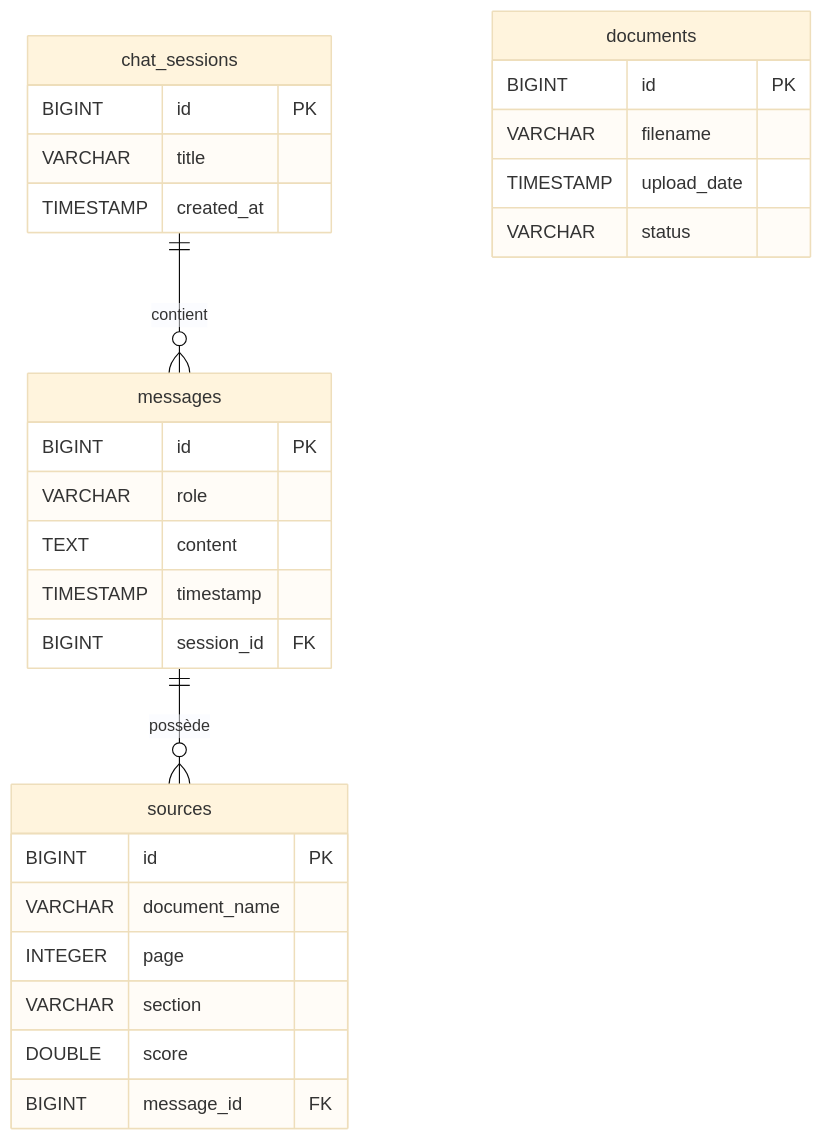
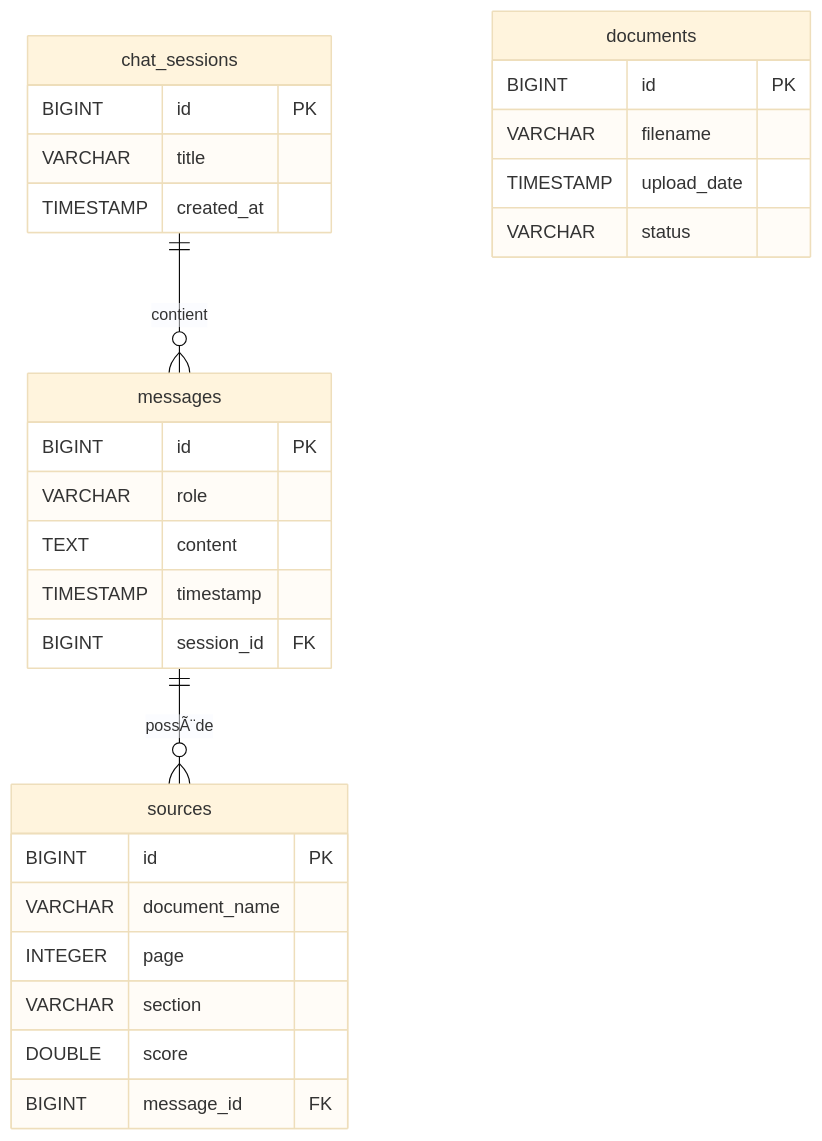
Before and after one commit to chahmed12/enterprise-rag-assistant: the fifth of 5 diagrams in DOCUMENTATION.md, drawn with Mermaid (base theme). The commit also changed other lines of this file and 42 other files, not shown here.

````diff
--- a/DOCUMENTATION.md
+++ b/DOCUMENTATION.md
@@ -485,32 +485,32 @@
 ```mermaid
 erDiagram
     chat_sessions {
         BIGINT id PK
         VARCHAR title
         TIMESTAMP created_at
     }
     messages {
         BIGINT id PK
         VARCHAR role
         TEXT content
         TIMESTAMP timestamp
         BIGINT session_id FK
     }
     sources {
         BIGINT id PK
         VARCHAR document_name
         INTEGER page
         VARCHAR section
         DOUBLE score
         BIGINT message_id FK
     }
     documents {
         BIGINT id PK
         VARCHAR filename
         TIMESTAMP upload_date
         VARCHAR status
     }
 
     chat_sessions ||--o{ messages : "contient"
-    messages ||--o{ sources : "possède"
+    messages ||--o{ sources : "possÃ¨de"
 ```
````
